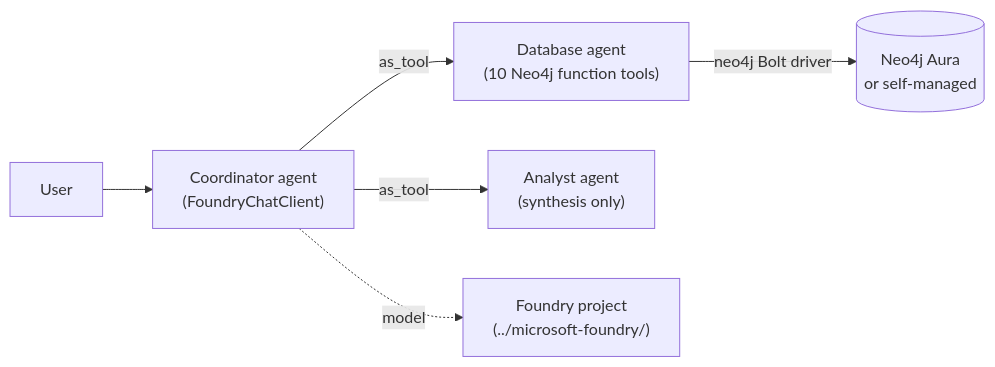
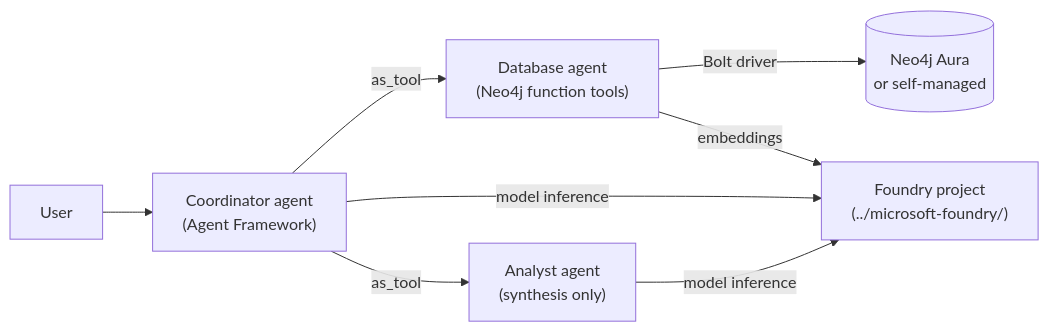
Before and after one commit to jacobdasuqi-neo4j/neo4j-agent-integrations-c360: the diagram in microsoft-agent-framework/README.md, drawn with Mermaid. The commit also changed other lines of this file and 22 other files, not shown here.

First line of the commit message:
Update Microsoft Foundry and Agent Framework examples (#60)

````diff
--- a/microsoft-agent-framework/README.md
+++ b/microsoft-agent-framework/README.md
@@ -16,8 +16,10 @@
 ```mermaid
 flowchart LR
-    user["User"] --> coord["Coordinator agent<br/>(FoundryChatClient)"]
-    coord -->|as_tool| db["Database agent<br/>(10 Neo4j function tools)"]
-    coord -->|as_tool| analyst["Analyst agent<br/>(synthesis only)"]
-    db -->|neo4j Bolt driver| neo4j[("Neo4j Aura<br/>or self-managed")]
-    coord -.model.-> foundry["Foundry project<br/>(../microsoft-foundry/)"]
+    user["User"] --> coordinator["Coordinator agent<br/>(Agent Framework)"]
+    coordinator -->|as_tool| database["Database agent<br/>(Neo4j function tools)"]
+    coordinator -->|as_tool| analyst["Analyst agent<br/>(synthesis only)"]
+    database -->|Bolt driver| neo4j[("Neo4j Aura<br/>or self-managed")]
+    database -->|embeddings| foundry["Foundry project<br/>(../microsoft-foundry/)"]
+    coordinator -->|model inference| foundry
+    analyst -->|model inference| foundry
 ```
````
